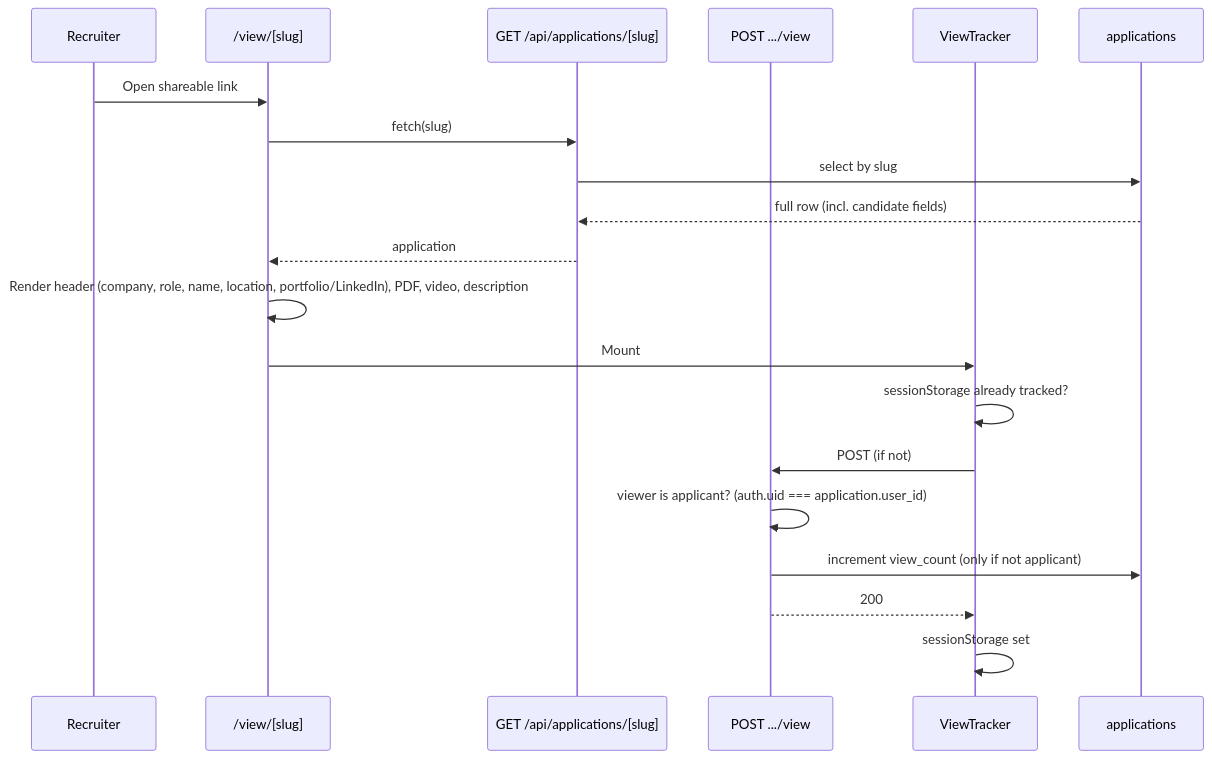
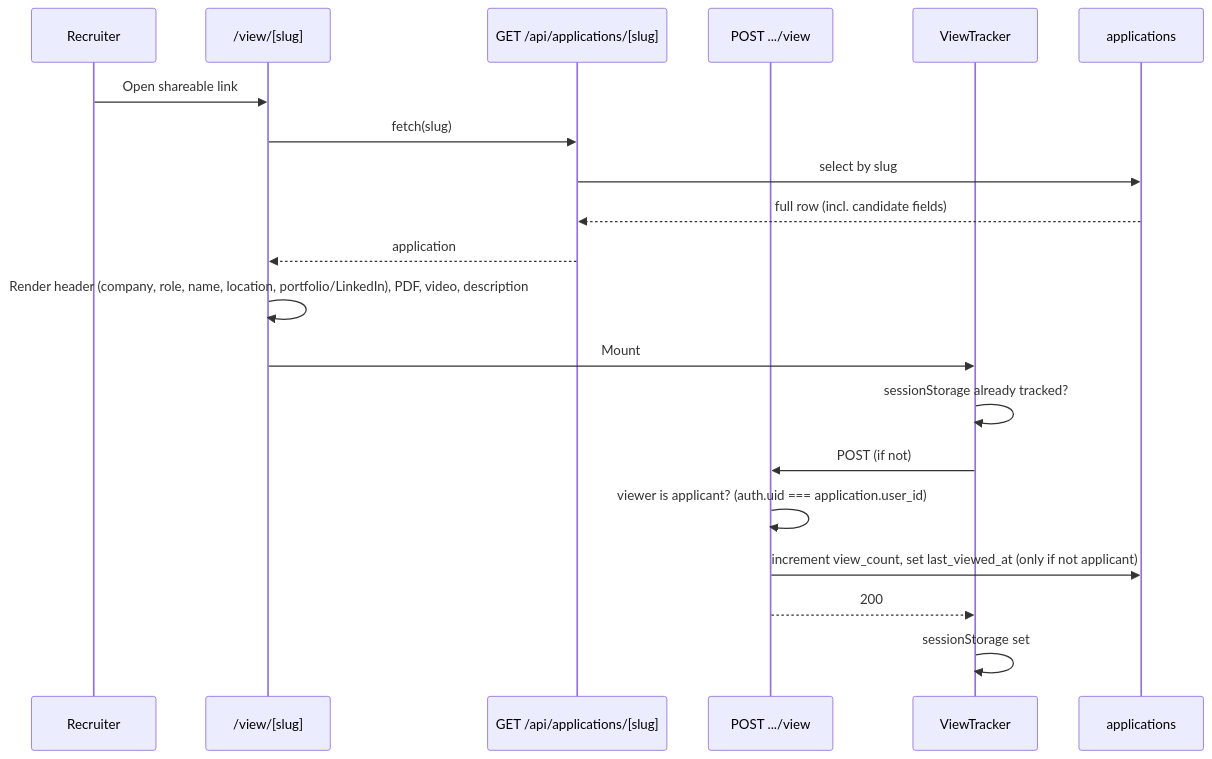
The sixth of 6 diagrams in docs/DATA_FLOW.md (joan-gerard/my-hire-view), drawn with Mermaid before and after one commit. The commit also changed other lines of this file and 8 other files, not shown here.

Commit message:
Add last viewed tracking

````diff
--- a/docs/DATA_FLOW.md
+++ b/docs/DATA_FLOW.md
@@ -188,23 +188,23 @@
 ```mermaid
 sequenceDiagram
   participant R as Recruiter
   participant Page as /view/[slug]
   participant SlugAPI as GET /api/applications/[slug]
   participant ViewAPI as POST .../view
   participant VT as ViewTracker
   participant Applications as applications
 
   R->>Page: Open shareable link
   Page->>SlugAPI: fetch(slug)
   SlugAPI->>Applications: select by slug
   Applications-->>SlugAPI: full row (incl. candidate fields)
   SlugAPI-->>Page: application
   Page->>Page: Render header (company, role, name, location, portfolio/LinkedIn), PDF, video, description
   Page->>VT: Mount
   VT->>VT: sessionStorage already tracked?
   VT->>ViewAPI: POST (if not)
   ViewAPI->>ViewAPI: viewer is applicant? (auth.uid === application.user_id)
-  ViewAPI->>Applications: increment view_count (only if not applicant)
+  ViewAPI->>Applications: increment view_count, set last_viewed_at (only if not applicant)
   ViewAPI-->>VT: 200
   VT->>VT: sessionStorage set
 ```
````
